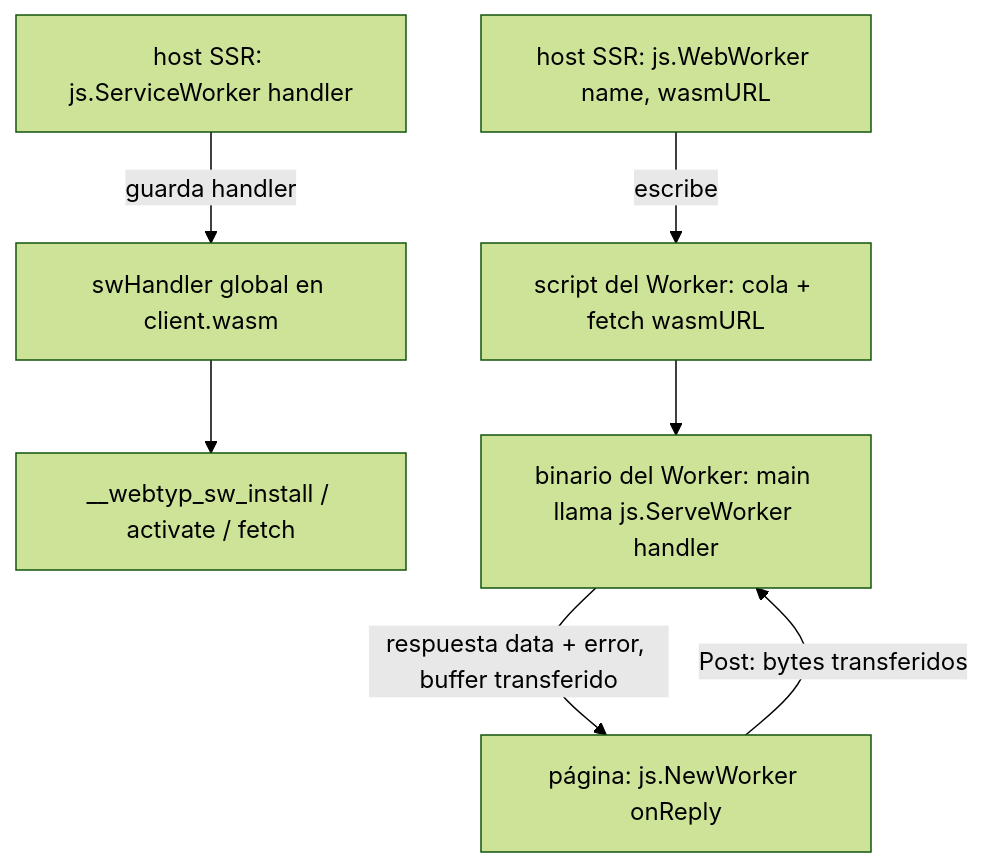
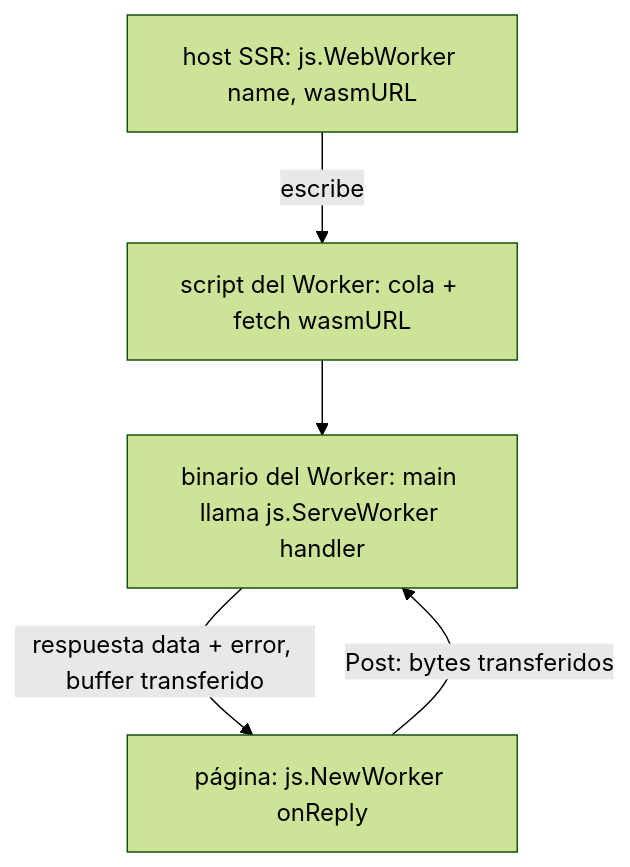
Before and after one commit to webtyp/js: the third of 3 diagrams in docs/ARCHITECTURE.md, drawn with Mermaid (forest theme). The commit also changed other lines of this file and 7 other files, not shown here.

First line of the commit message:
feat!: PageBootstrap(wasmURL) and delete ServiceWorker — the shell service worker is generated by webtyp/pwa

````diff
--- a/docs/ARCHITECTURE.md
+++ b/docs/ARCHITECTURE.md
@@ -70,9 +58,7 @@
 ```mermaid
 flowchart TD
-    SW[host SSR: js.ServiceWorker handler] -->|guarda handler| SWG[swHandler global en client.wasm]
-    SWG --> FI[__webtyp_sw_install / activate / fetch]
     WW[host SSR: js.WebWorker name, wasmURL] -->|escribe| WS[script del Worker: cola + fetch wasmURL]
     WS --> WB[binario del Worker: main llama js.ServeWorker handler]
     WB -->|respuesta data + error, buffer transferido| PG[página: js.NewWorker onReply]
     PG -->|Post: bytes transferidos| WB
 ```
````
